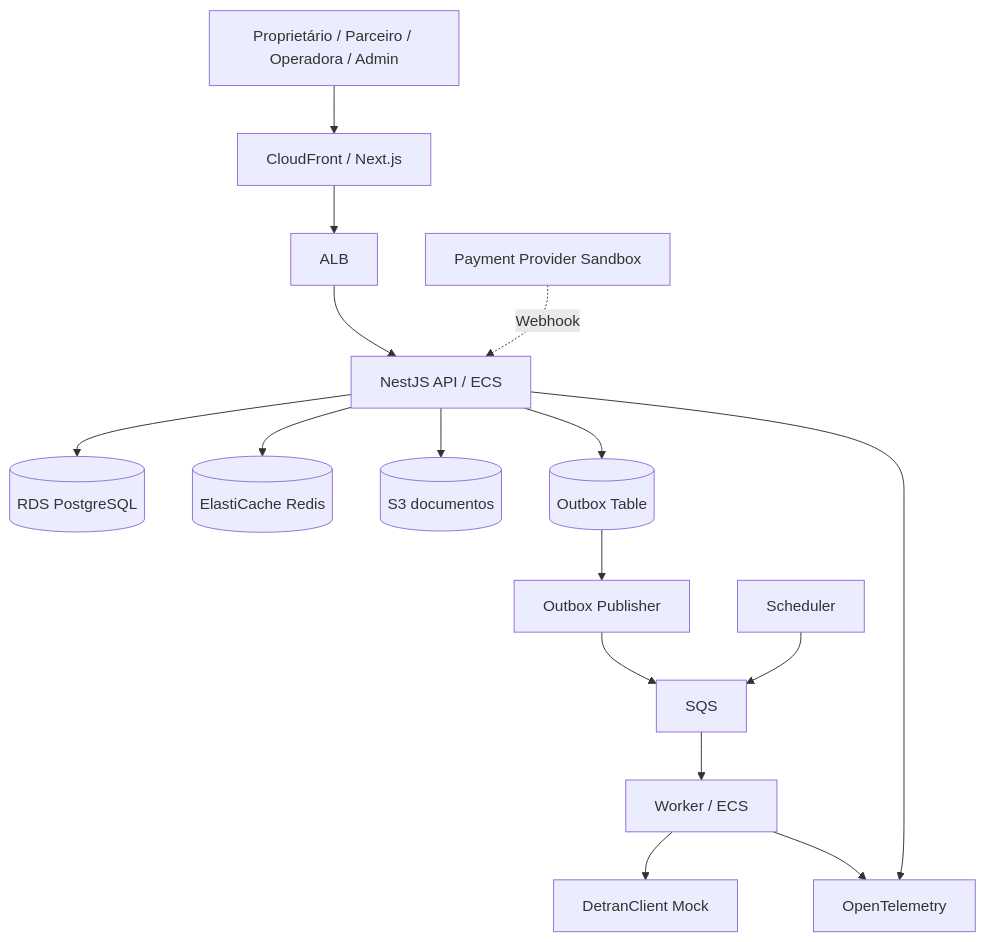
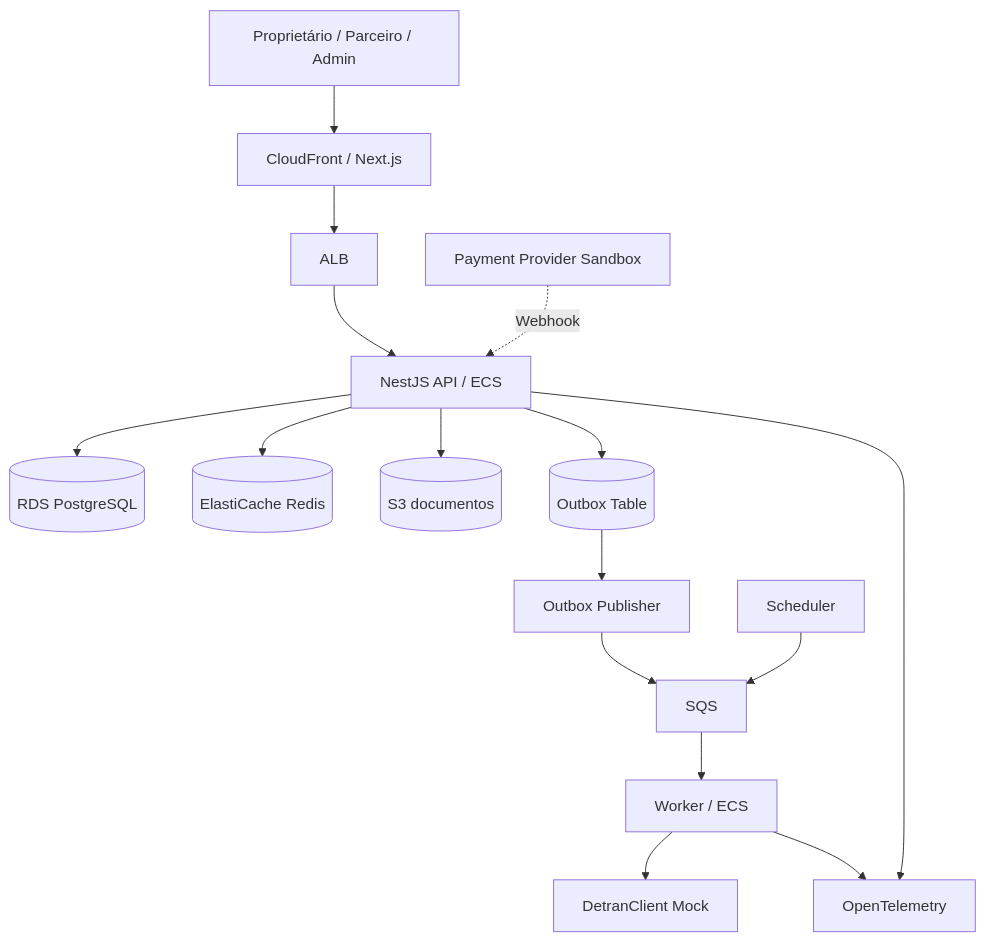
The first of 2 diagrams in docs/engineering/ARCHITECTURE.md (fernandaquerino/emr-despachante), drawn with Mermaid before and after one commit. The commit also changed 40 other files, not shown here.

````diff
--- a/docs/engineering/ARCHITECTURE.md
+++ b/docs/engineering/ARCHITECTURE.md
@@ -5,23 +5,23 @@
 ```mermaid
 flowchart TD
-    U[Proprietário / Parceiro / Operadora / Admin] --> CF[CloudFront / Next.js]
+    U[Proprietário / Parceiro / Admin] --> CF[CloudFront / Next.js]
     CF --> ALB[ALB]
     ALB --> API[NestJS API / ECS]
 
     API --> RDS[(RDS PostgreSQL)]
     API --> REDIS[(ElastiCache Redis)]
     API --> S3[(S3 documentos)]
     API --> OUTBOX[(Outbox Table)]
 
     PAY[Payment Provider Sandbox] -. Webhook .-> API
 
     OUTBOX --> PUB[Outbox Publisher]
     PUB --> SQS[SQS]
     SQS --> WORKER[Worker / ECS]
 
     WORKER --> DETRAN[DetranClient Mock]
     SCHED[Scheduler] --> SQS
 
     API --> OTEL[OpenTelemetry]
     WORKER --> OTEL
 ```
````
